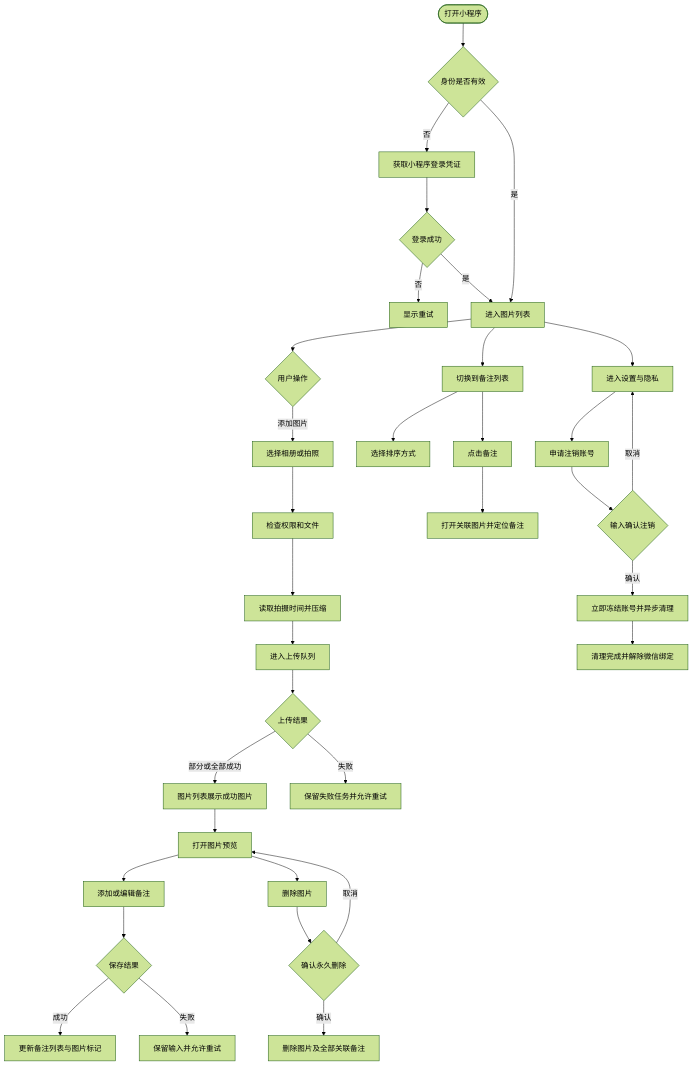
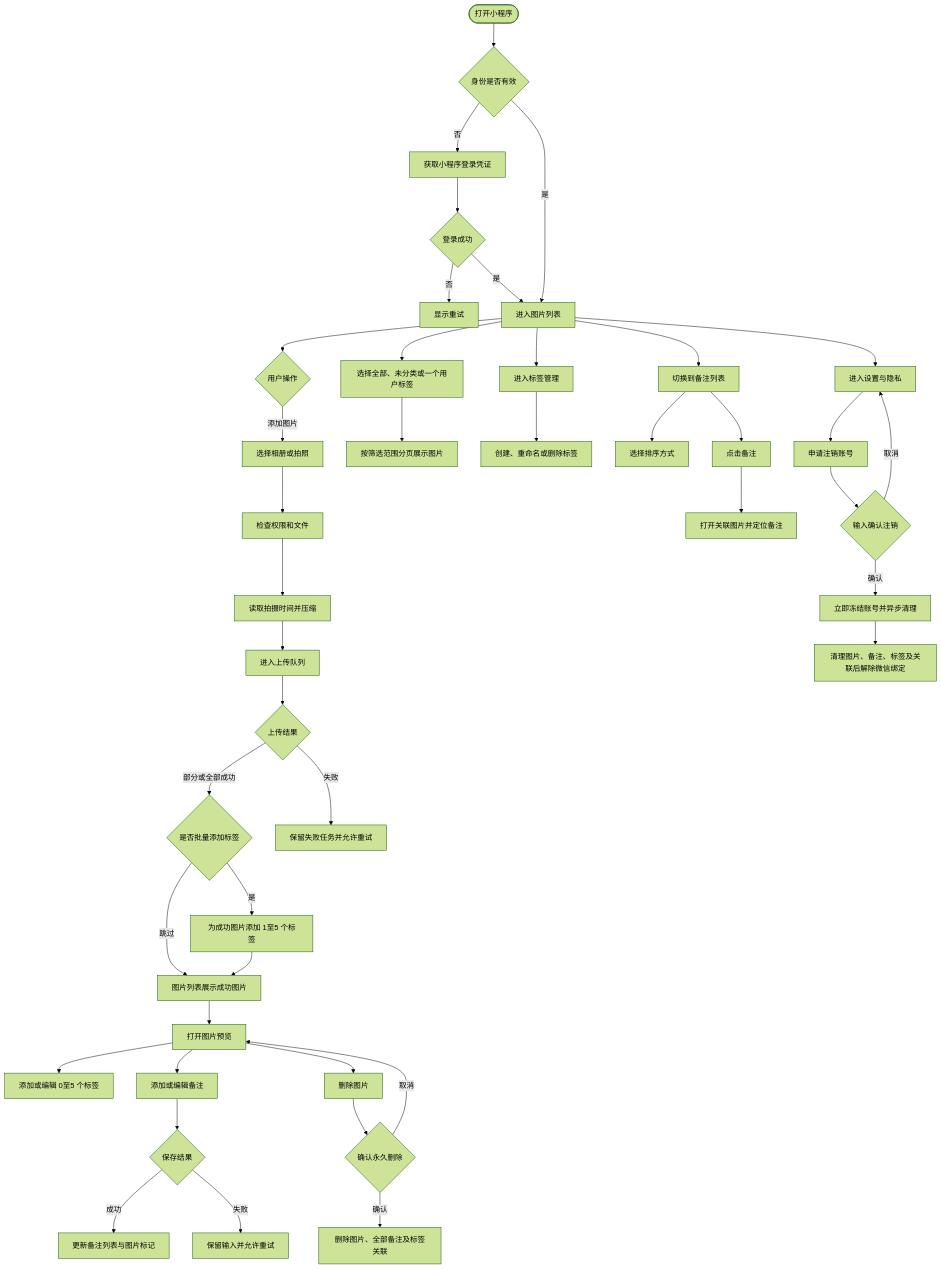
One commit to danielyang1125-coder/photo-notes changed the diagram in docs/PRD-图片笔记小程序-V1.0.0.md. Above: the diagram before and after it, drawn with Mermaid (forest theme). The commit also changed other lines of this file and 5 other files, not shown here.

Commit message:
feat: 增加【图片标签】需求，更新相关文档

````diff
--- a/docs/PRD-图片笔记小程序-V1.0.0.md
+++ b/docs/PRD-图片笔记小程序-V1.0.0.md
@@ -149,41 +169,49 @@
 ```mermaid
 flowchart TD
     A([打开小程序]) --> B{身份是否有效}
     B -->|否| C[获取小程序登录凭证]
     C --> D{登录成功}
     D -->|否| E[显示重试]
     D -->|是| F[进入图片列表]
     B -->|是| F
 
     F --> G{用户操作}
     G -->|添加图片| H[选择相册或拍照]
     H --> I[检查权限和文件]
     I --> J[读取拍摄时间并压缩]
     J --> K[进入上传队列]
     K --> L{上传结果}
-    L -->|部分或全部成功| M[图片列表展示成功图片]
+    L -->|部分或全部成功| LA{是否批量添加标签}
+    LA -->|是| LB[为成功图片添加 1至5 个标签]
+    LA -->|跳过| M[图片列表展示成功图片]
+    LB --> M
     L -->|失败| N[保留失败任务并允许重试]
 
     M --> O[打开图片预览]
+    O --> OA[添加或编辑 0至5 个标签]
     O --> P[添加或编辑备注]
     P --> Q{保存结果}
     Q -->|成功| R[更新备注列表与图片标记]
     Q -->|失败| S[保留输入并允许重试]
 
     F --> T[切换到备注列表]
+    F --> FA[选择全部、未分类或一个用户标签]
+    FA --> FB[按筛选范围分页展示图片]
+    F --> FC[进入标签管理]
+    FC --> FD[创建、重命名或删除标签]
     T --> U[选择排序方式]
     T --> V[点击备注]
     V --> W[打开关联图片并定位备注]
 
     O --> X[删除图片]
     X --> Y{确认永久删除}
     Y -->|取消| O
-    Y -->|确认| Z[删除图片及全部关联备注]
+    Y -->|确认| Z[删除图片、全部备注及标签关联]
 
     F --> AA[进入设置与隐私]
     AA --> AB[申请注销账号]
     AB --> AC{输入确认注销}
     AC -->|取消| AA
     AC -->|确认| AD[立即冻结账号并异步清理]
-    AD --> AE[清理完成并解除微信绑定]
+    AD --> AE[清理图片、备注、标签及关联后解除微信绑定]
 ```
````
